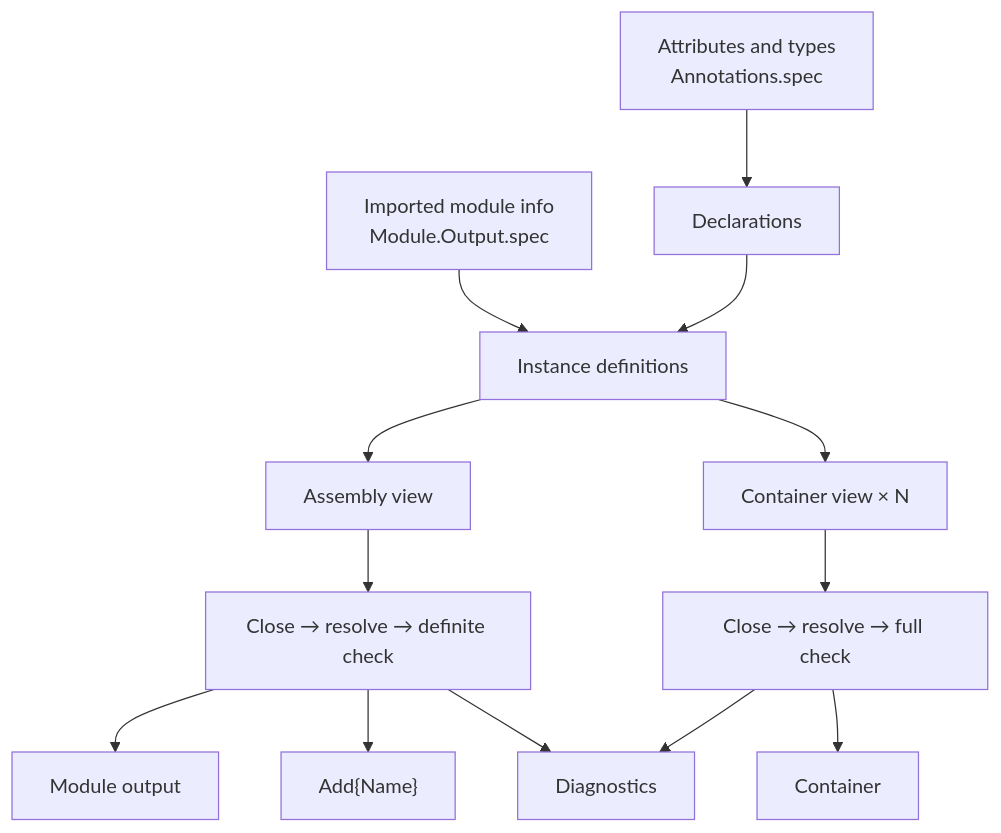
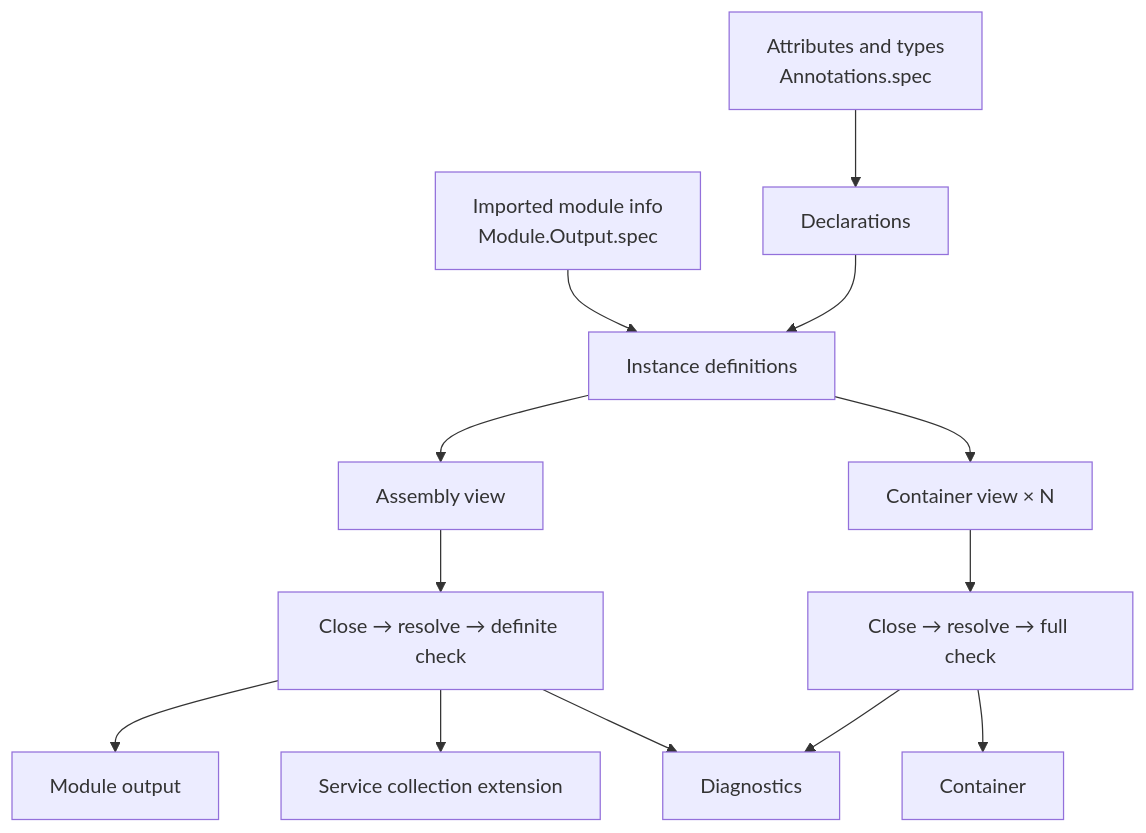
The diagram in src/Ioc/docs/spec/Analysis.Model.spec.md (AndyElessar/SourceGen), drawn with Mermaid before and after one commit. The commit also changed other lines of this file and 23 other files, not shown here.

````diff
--- a/src/Ioc/docs/spec/Analysis.Model.spec.md
+++ b/src/Ioc/docs/spec/Analysis.Model.spec.md
@@ -18,14 +18,14 @@
 ```mermaid
 flowchart TD
     A[Attributes and types<br/>Annotations.spec] --> B[Declarations]
     M[Imported module info<br/>Module.Output.spec] --> C
     B --> C[Instance definitions]
     C --> V1[Assembly view]
     C --> V2[Container view × N]
     V1 --> K1[Close → resolve → definite check]
     V2 --> K2[Close → resolve → full check]
     K1 --> P1[Module output]
-    K1 --> P2["Add{Name}"]
+    K1 --> P2["Service collection extension"]
     K2 --> P3[Container]
     K1 & K2 --> D[Diagnostics]
 ```
````
